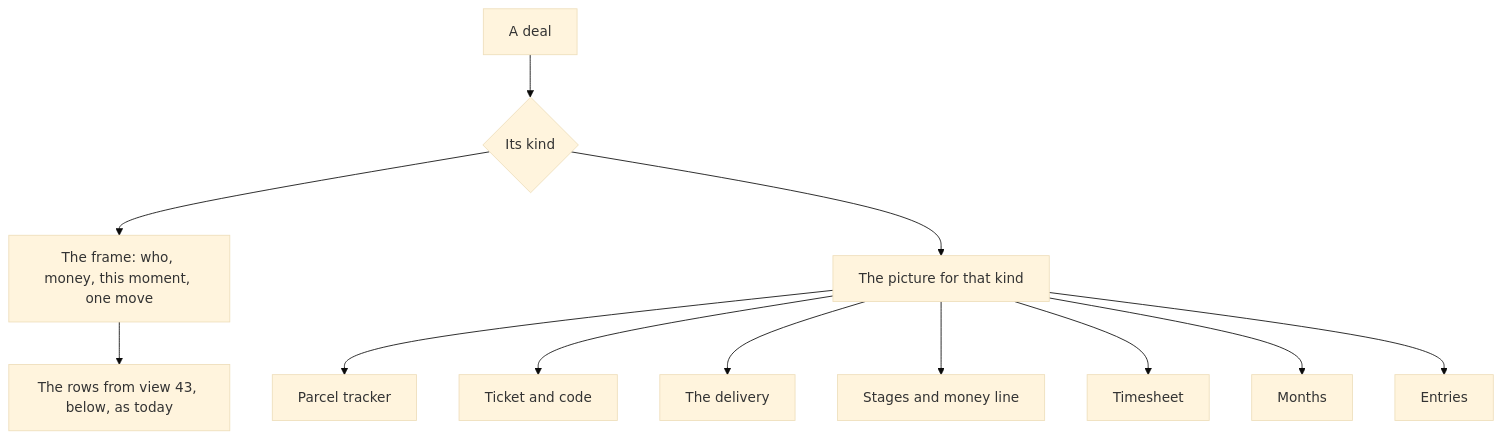
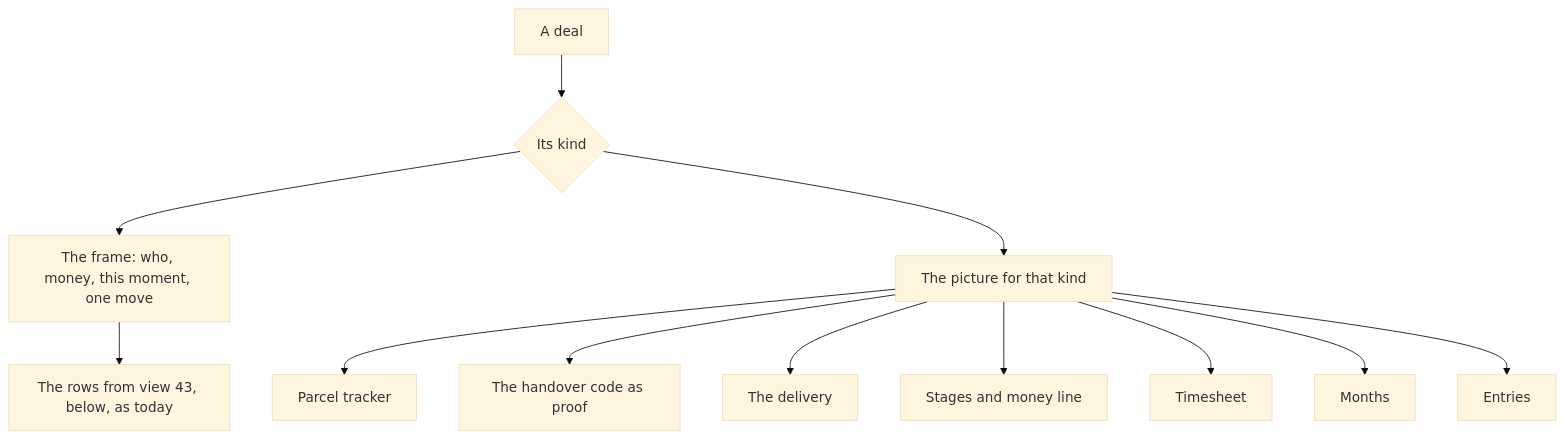
One commit to Iziedking/Karwan changed the first of 2 diagrams in docs/architecture/92-every-deal-looks-like-what-it-is.md. Above: the diagram before and after it, drawn with Mermaid (base theme). The commit also changed other lines of this file and 7 other files, not shown here.

Commit message:
feat(deals): a handover shows the code as proof, stages show their money

````diff
--- a/docs/architecture/92-every-deal-looks-like-what-it-is.md
+++ b/docs/architecture/92-every-deal-looks-like-what-it-is.md
@@ -50,14 +50,14 @@
 ```mermaid
 flowchart TD
   D[A deal] --> K{Its kind}
   K --> F["The frame: who, money, this moment, one move"]
   K --> P["The picture for that kind"]
   P --> G[Parcel tracker]
-  P --> T[Ticket and code]
+  P --> T[The handover code as proof]
   P --> J[The delivery]
   P --> S[Stages and money line]
   P --> H[Timesheet]
   P --> M[Months]
   P --> C[Entries]
   F --> R["The rows from view 43, below, as today"]
 ```
````
